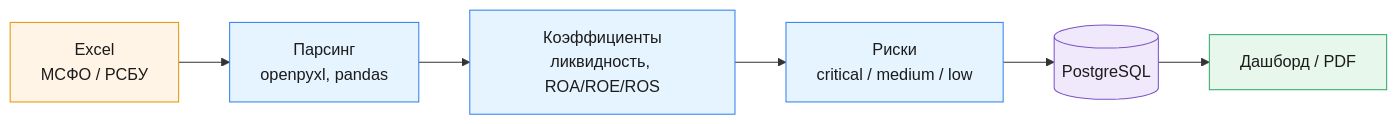
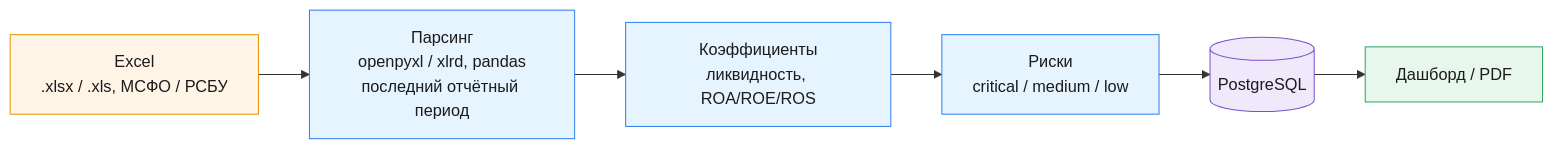
One commit to Li-Natalia/neuro_auditor changed the second of 3 diagrams in README.md. Above: the diagram before and after it, drawn with Mermaid. The commit also changed other lines of this file and 1 other file, not shown here.

````diff
--- a/README.md
+++ b/README.md
@@ -45,12 +47,12 @@
 ```mermaid
 flowchart LR
-    A["Excel<br/>МСФО / РСБУ"]:::in --> B["Парсинг<br/>openpyxl, pandas"]:::proc
+    A["Excel<br/>.xlsx / .xls, МСФО / РСБУ"]:::in --> B["Парсинг<br/>openpyxl / xlrd, pandas<br/>последний отчётный период"]:::proc
     B --> C["Коэффициенты<br/>ликвидность, ROA/ROE/ROS"]:::proc
     C --> D["Риски<br/>critical / medium / low"]:::proc
     D --> E[("PostgreSQL")]:::data
     E --> F["Дашборд / PDF"]:::out
     classDef in fill:#fff4e6,stroke:#e69500,color:#1b1b1b
     classDef proc fill:#e6f4ff,stroke:#2f80ed,color:#1b1b1b
     classDef data fill:#efe9fb,stroke:#7b52c9,color:#1b1b1b
     classDef out fill:#e7f7ec,stroke:#2fa866,color:#1b1b1b
 ```
````
